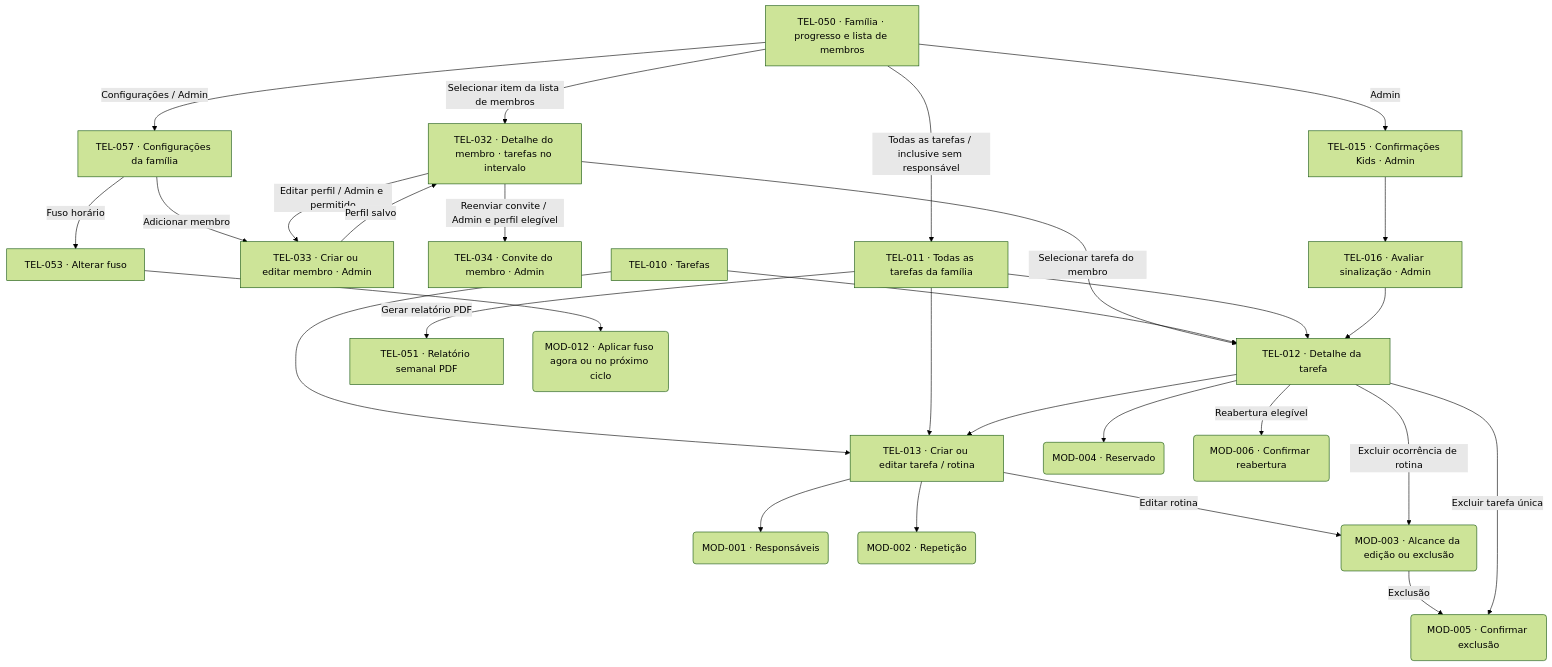
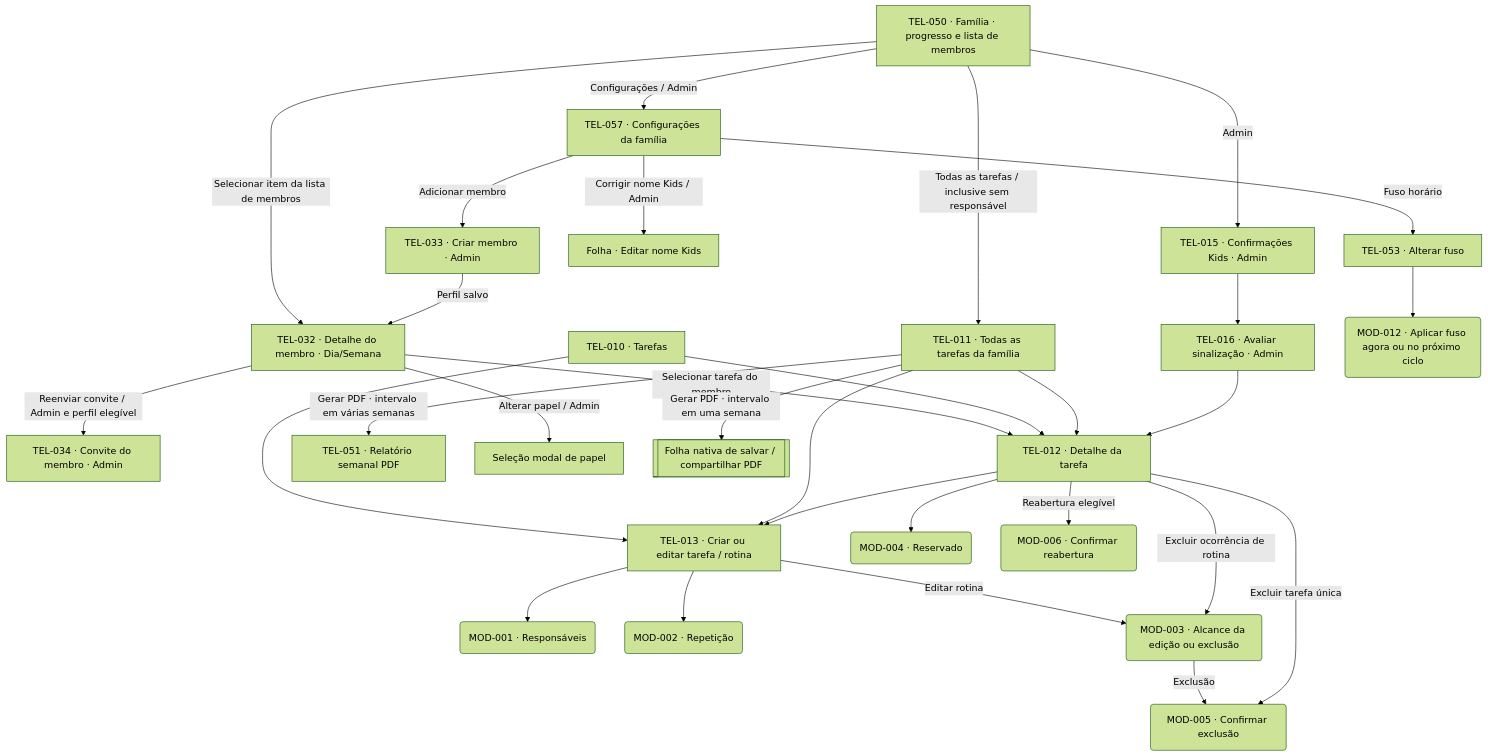
One commit to lizandramalta/App-Rotina-Familiar changed the second of 6 diagrams in docs/design/screen-map.md. Above: the diagram before and after it, drawn with Mermaid (forest theme). The commit also changed other lines of this file and 80 other files, not shown here.

Commit message:
feat(family): align family screens and recognition flows

````diff
--- a/docs/design/screen-map.md
+++ b/docs/design/screen-map.md
@@ -74,47 +74,49 @@
 ```mermaid
 flowchart TD
     T010["TEL-010 · Tarefas"]
     T050["TEL-050 · Família · progresso e lista de membros"]
-    T032["TEL-032 · Detalhe do membro · tarefas no intervalo"]
-    T033["TEL-033 · Criar ou editar membro · Admin"]
+    T032["TEL-032 · Detalhe do membro · Dia/Semana"]
+    T033["TEL-033 · Criar membro · Admin"]
     T034["TEL-034 · Convite do membro · Admin"]
     T011["TEL-011 · Todas as tarefas da família"]
     T012["TEL-012 · Detalhe da tarefa"]
     T013["TEL-013 · Criar ou editar tarefa / rotina"]
     T015["TEL-015 · Confirmações Kids · Admin"]
     T016["TEL-016 · Avaliar sinalização · Admin"]
     T051["TEL-051 · Relatório semanal PDF"]
     M001("MOD-001 · Responsáveis")
     M002("MOD-002 · Repetição")
     M003("MOD-003 · Alcance da edição ou exclusão")
     M004("MOD-004 · Reservado")
     M005("MOD-005 · Confirmar exclusão")
     M006("MOD-006 · Confirmar reabertura")
     T050 -->|Selecionar item da lista de membros| T032
     T050 -->|Configurações / Admin| T057["TEL-057 · Configurações da família"]
     T057 -->|Adicionar membro| T033
-    T032 -->|Editar perfil / Admin e permitido| T033
+    T057 -->|Corrigir nome Kids / Admin| KN["Folha · Editar nome Kids"]
+    T032 -->|Alterar papel / Admin| RP["Seleção modal de papel"]
     T032 -->|Reenviar convite / Admin e perfil elegível| T034
     T032 -->|Selecionar tarefa do membro| T012
     T033 -->|Perfil salvo| T032
     T050 -->|Todas as tarefas / inclusive sem responsável| T011
-    T011 -->|Gerar relatório PDF| T051
+    T011 -->|Gerar PDF · intervalo em várias semanas| T051
+    T011 -->|Gerar PDF · intervalo em uma semana| PDF[["Folha nativa de salvar / compartilhar PDF"]]
     T057 -->|Fuso horário| T053["TEL-053 · Alterar fuso"]
     T053 --> M012("MOD-012 · Aplicar fuso agora ou no próximo ciclo")
     T050 -->|Admin| T015
     T010 --> T012
     T010 --> T013
     T011 --> T012
     T011 --> T013
     T012 --> T013
     T013 --> M001
     T013 --> M002
     T013 -->|Editar rotina| M003
     T012 --> M004
     T012 -->|Excluir ocorrência de rotina| M003
     M003 -->|Exclusão| M005
     T012 -->|Excluir tarefa única| M005
     T012 -->|Reabertura elegível| M006
     T015 --> T016
     T016 --> T012
 ```
````
